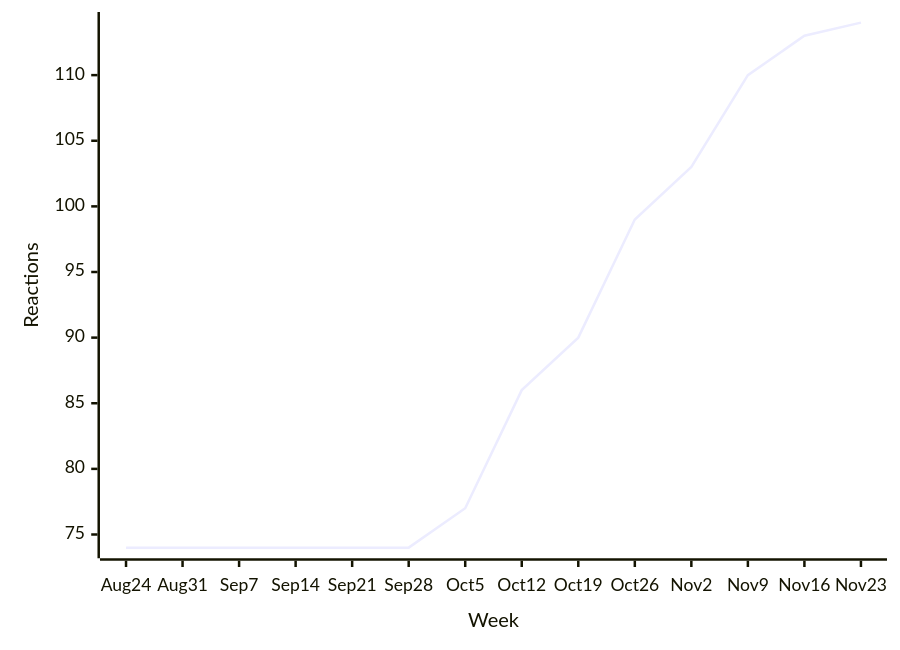
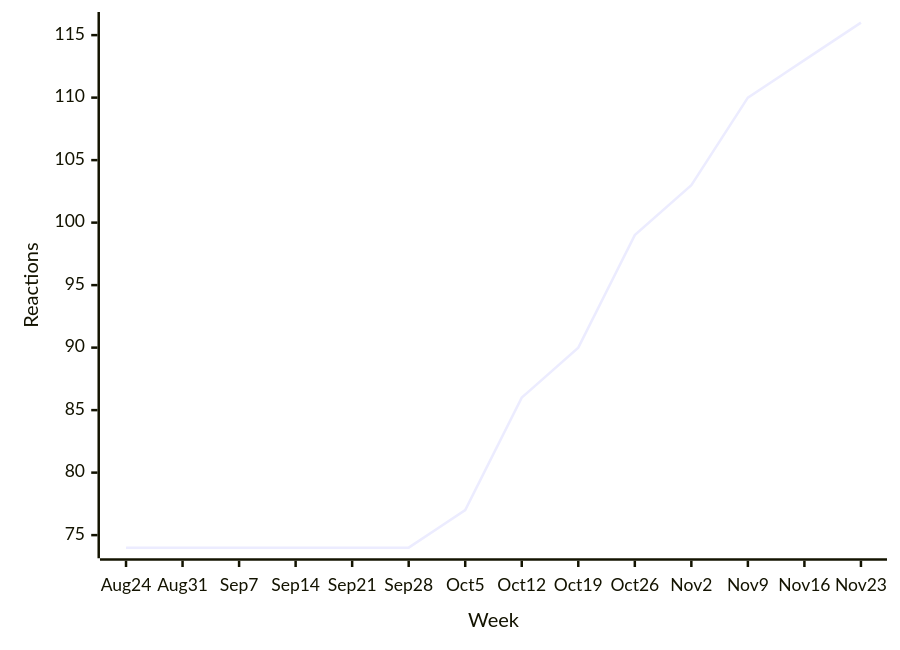
Before and after one commit to loic-sharma/github-insights: the first of 31 diagrams in README.md, drawn with Mermaid. The commit also changed other lines of this file and 3 other files, not shown here.

````diff
--- a/README.md
+++ b/README.md
@@ -324,6 +324,6 @@
   ```mermaid
   xychart-beta
     x-axis "Week" [Aug 24, Aug 31, Sep 7, Sep 14, Sep 21, Sep 28, Oct 5, Oct 12, Oct 19, Oct 26, Nov 2, Nov 9, Nov 16, Nov 23]
     y-axis "Reactions"
-    line [74, 74, 74, 74, 74, 74, 77, 86, 90, 99, 103, 110, 113, 114]
+    line [74, 74, 74, 74, 74, 74, 77, 86, 90, 99, 103, 110, 113, 116]
   ```
````
